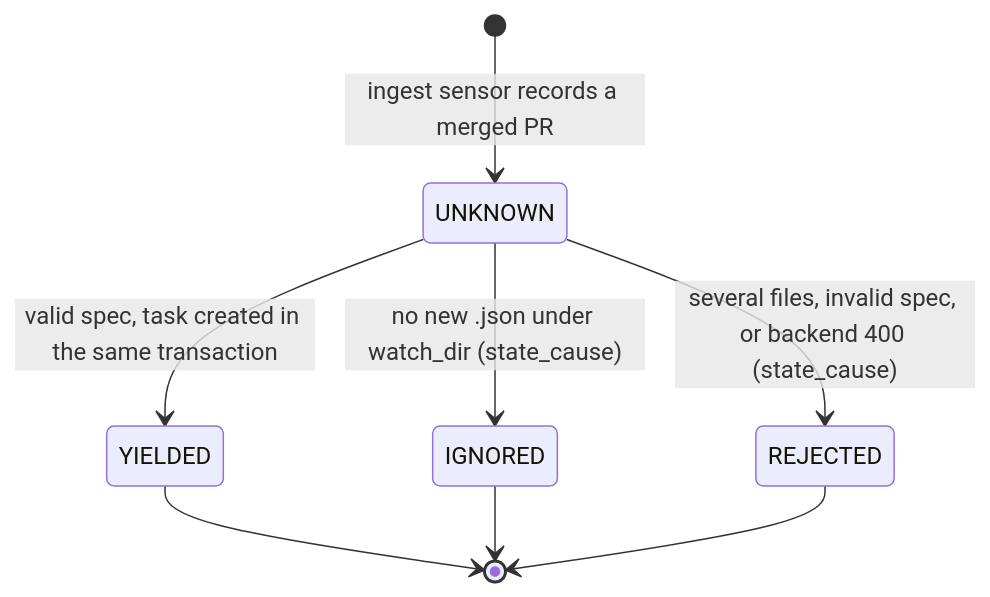
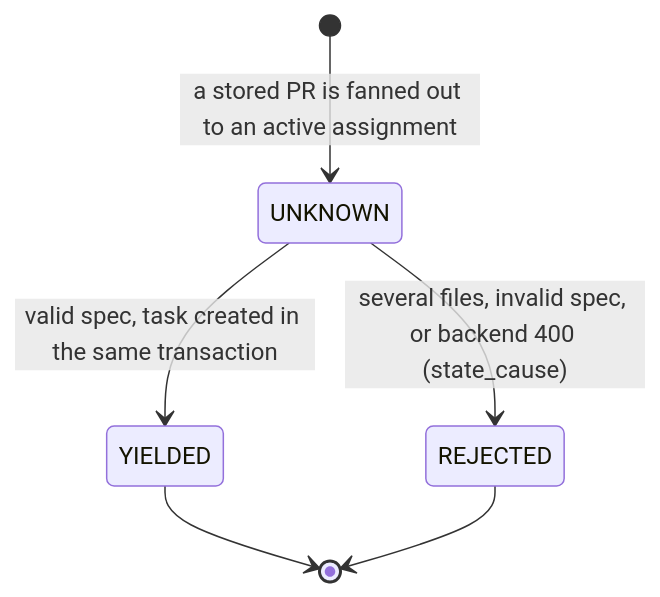
One commit to Aridhia-Open-Source/PHEMS_federated_node changed the third of 5 diagrams in docs/architecture/entities.md. Above: the diagram before and after it, drawn with Mermaid. The commit also changed other lines of this file and 33 other files, not shown here.

````diff
--- a/docs/architecture/entities.md
+++ b/docs/architecture/entities.md
@@ -188,10 +240,8 @@
 ```mermaid
 stateDiagram-v2
-    [*] --> UNKNOWN : ingest sensor records a merged PR
+    [*] --> UNKNOWN : a stored PR is fanned out to an active assignment
     UNKNOWN --> YIELDED : valid spec, task created in the same transaction
-    UNKNOWN --> IGNORED : no new .json under watch_dir (state_cause)
     UNKNOWN --> REJECTED : several files, invalid spec, or backend 400 (state_cause)
     YIELDED --> [*]
-    IGNORED --> [*]
     REJECTED --> [*]
 ```
````
